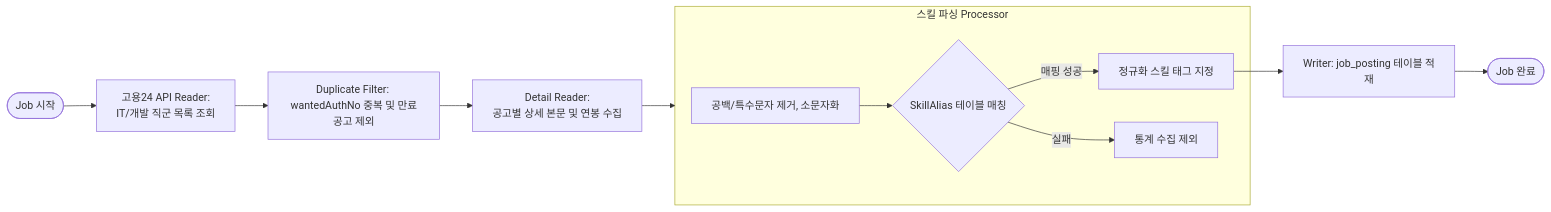
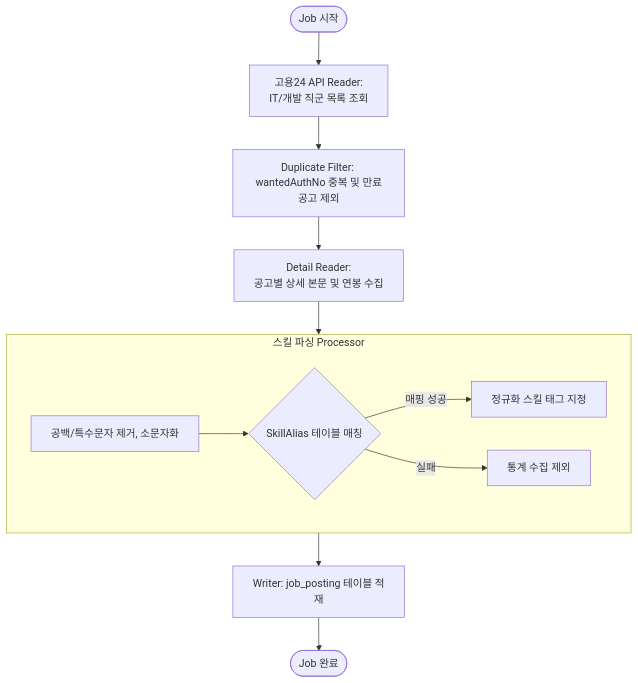
One commit to SeoHyeokGyu/Carix changed the third of 5 diagrams in docs/superpowers/specs/2026-07-18-application-workflow-spec.md. Above: the diagram before and after it, drawn with Mermaid. The commit also changed other lines of this file, not shown here.

Commit message:
docs: improve application workflow diagrams for vertical layout and readability

````diff
--- a/docs/superpowers/specs/2026-07-18-application-workflow-spec.md
+++ b/docs/superpowers/specs/2026-07-18-application-workflow-spec.md
@@ -97,16 +99,16 @@
 ```mermaid
-flowchart LR
+flowchart TD
     Start([Job 시작]) --> Reader[고용24 API Reader: <br>IT/개발 직군 목록 조회]
     Reader --> Filter[Duplicate Filter: <br>wantedAuthNo 중복 및 만료공고 제외]
     Filter --> DetailReader[Detail Reader: <br>공고별 상세 본문 및 연봉 수집]
     
     subgraph SkillParser [스킬 파싱 Processor]
         Preprocess[공백/특수문자 제거, 소문자화] --> AliasMatch{SkillAlias 테이블 매칭}
         AliasMatch -->|매핑 성공| TagSkill[정규화 스킬 태그 지정]
         AliasMatch -->|실패| Drop[통계 수집 제외]
     end
     
     DetailReader --> SkillParser
-    TagSkill --> Writer[Writer: job_posting 테이블 적재]
+    SkillParser --> Writer[Writer: job_posting 테이블 적재]
     Writer --> End([Job 완료])
 ```
````
